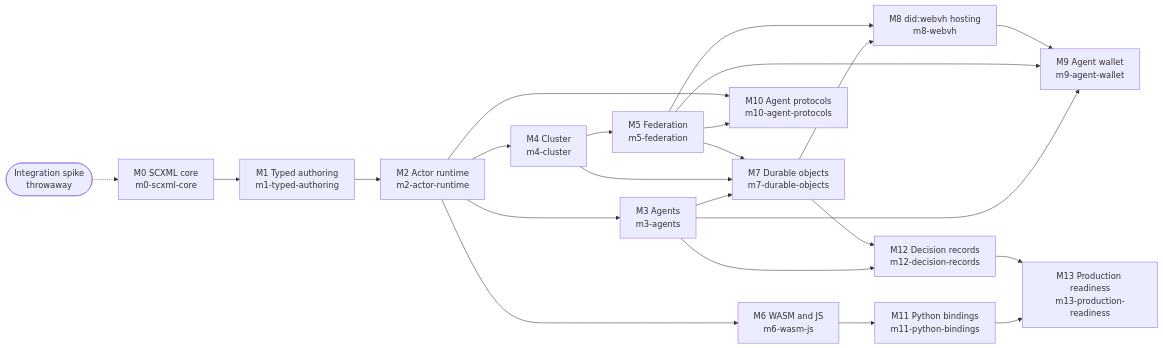
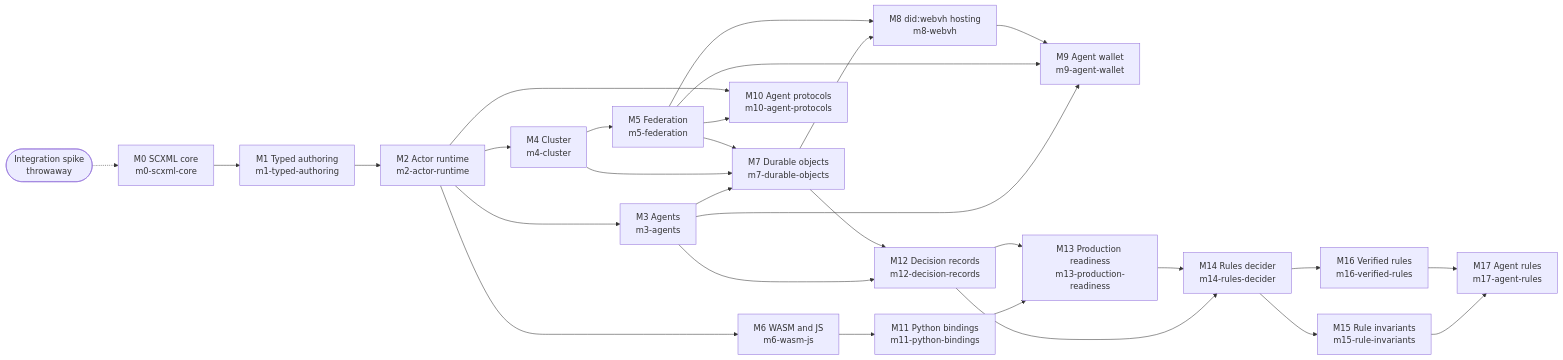
Before and after one commit to Volland/vertep: the diagram in tg.md/roadmap.md, drawn with Mermaid. The commit also changed other lines of this file and 25 other files, not shown here.

````diff
--- a/tg.md/roadmap.md
+++ b/tg.md/roadmap.md
@@ -9,25 +9,31 @@
 ```mermaid
 flowchart LR
     M0["M0 SCXML core<br/>m0-scxml-core"] --> M1["M1 Typed authoring<br/>m1-typed-authoring"]
     M1 --> M2["M2 Actor runtime<br/>m2-actor-runtime"]
     M2 --> M3["M3 Agents<br/>m3-agents"]
     M2 --> M4["M4 Cluster<br/>m4-cluster"]
     M4 --> M5["M5 Federation<br/>m5-federation"]
     M2 --> M6["M6 WASM and JS<br/>m6-wasm-js"]
     M3 --> M7["M7 Durable objects<br/>m7-durable-objects"]
     M4 --> M7
     M5 --> M7
     M7 --> M8["M8 did:webvh hosting<br/>m8-webvh"]
     M5 --> M8
     M3 --> M9["M9 Agent wallet<br/>m9-agent-wallet"]
     M5 --> M9
     M8 --> M9
     M5 --> M10["M10 Agent protocols<br/>m10-agent-protocols"]
     M2 --> M10
     M6 --> M11["M11 Python bindings<br/>m11-python-bindings"]
     M3 --> M12["M12 Decision records<br/>m12-decision-records"]
     M7 --> M12
     M11 --> M13["M13 Production readiness<br/>m13-production-readiness"]
     M12 --> M13
+    M12 --> M14["M14 Rules decider<br/>m14-rules-decider"]
+    M13 --> M14
+    M14 --> M15["M15 Rule invariants<br/>m15-rule-invariants"]
+    M14 --> M16["M16 Verified rules<br/>m16-verified-rules"]
+    M15 --> M17["M17 Agent rules<br/>m17-agent-rules"]
+    M16 --> M17
     S(["Integration spike<br/>throwaway"]) -.-> M0
 ```
````
